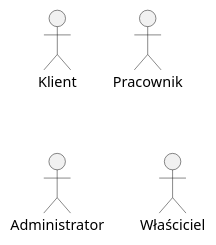
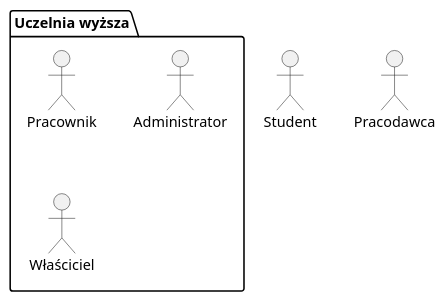
The diagram in docs/aktorzy.puml (WojciechSzade/dpachain), drawn with PlantUML before and after one commit. The commit also changed 10 other files, not shown here.

```diff
--- a/docs/aktorzy.puml
+++ b/docs/aktorzy.puml
@@ -1,8 +1,11 @@
 @startuml
 
-:Klient:
+:Student:
+:Pracodawca:
+package "Uczelnia wyższa" {
 :Pracownik:
 :Administrator:
 :Właściciel:
+}
 
 @enduml
```
